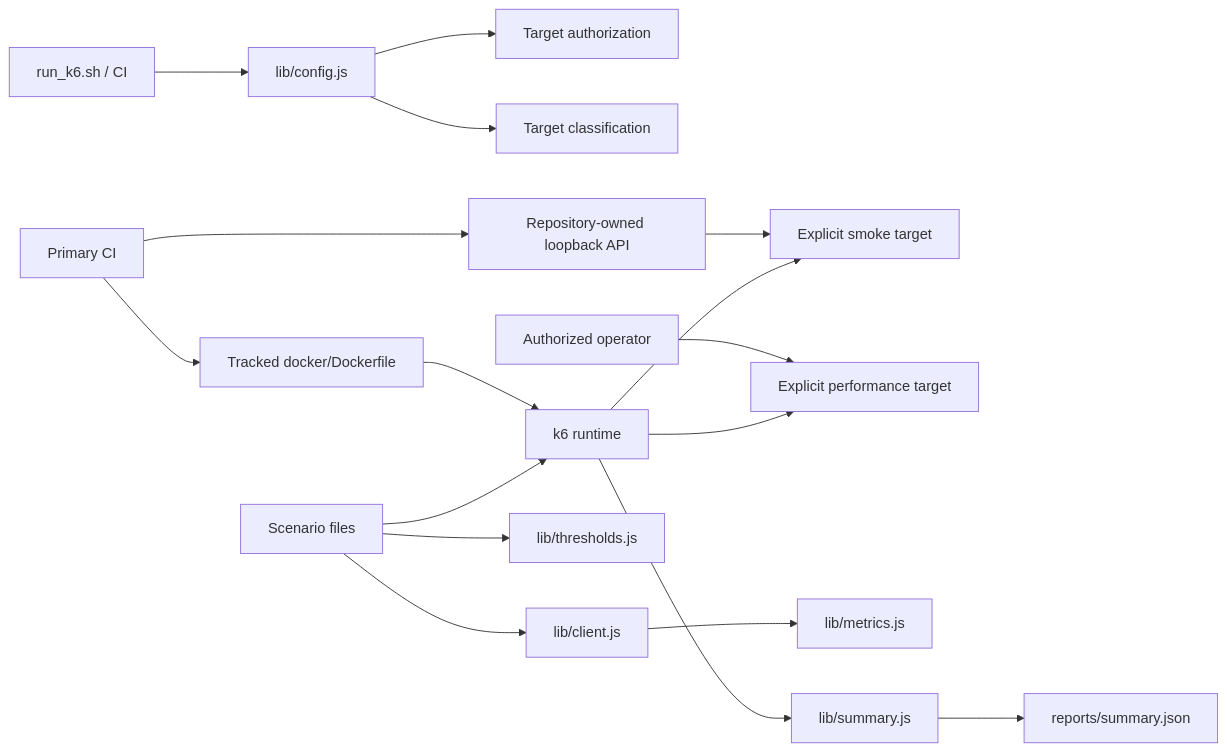
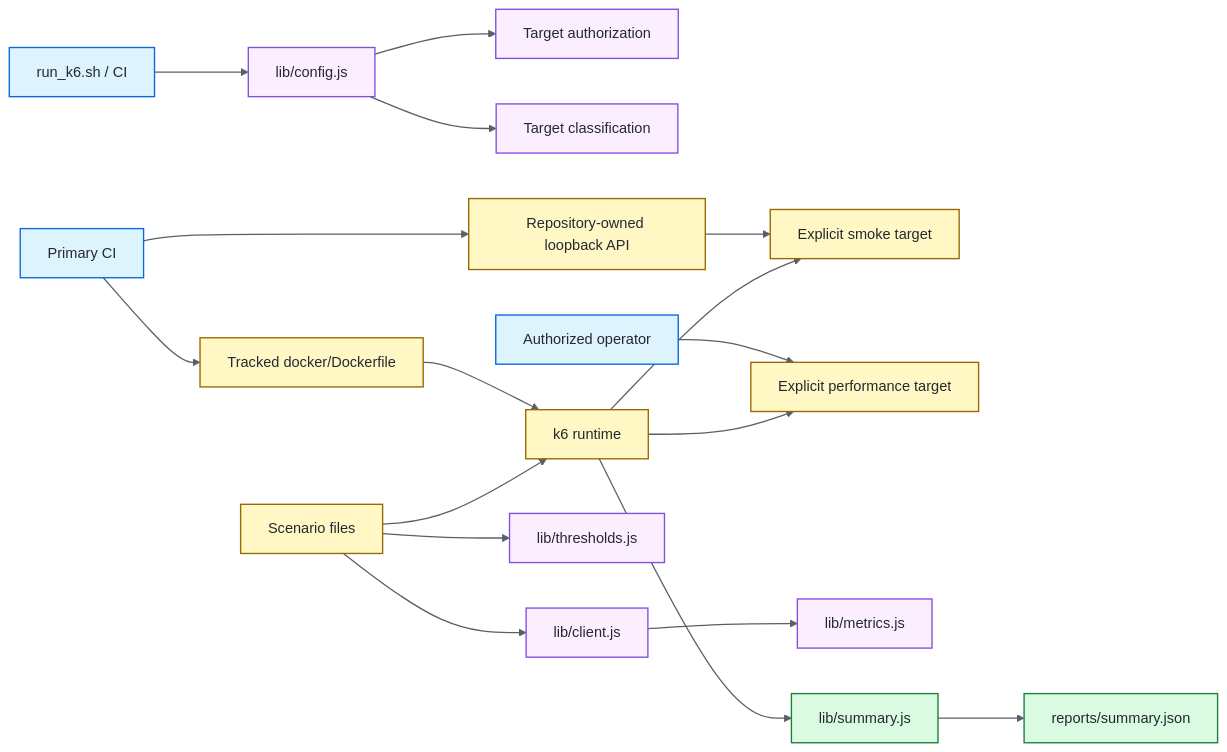
Before and after one commit to portyu9/qa-automation-load-k6: the diagram in docs/ARCHITECTURE.md, drawn with Mermaid. The commit also changed other lines of this file, not shown here.

Commit message:
docs: color-code k6 architecture diagram

````diff
--- a/docs/ARCHITECTURE.md
+++ b/docs/ARCHITECTURE.md
@@ -7,19 +7,29 @@
 ```mermaid
 flowchart LR
     CLI[run_k6.sh / CI] --> CFG[lib/config.js]
     CFG --> AUTH[Target authorization]
     CFG --> CLASS[Target classification]
     CI[Primary CI] --> IMAGE[Tracked docker/Dockerfile]
     IMAGE --> K6[k6 runtime]
     CI --> FIXTURE[Repository-owned loopback API]
     FIXTURE --> TARGET[Explicit smoke target]
     OP[Authorized operator] --> TARGET2[Explicit performance target]
     TEST[Scenario files] --> TH[lib/thresholds.js]
     TEST --> CL[lib/client.js]
     CL --> M[lib/metrics.js]
     TEST --> K6
     K6 --> TARGET
     K6 --> TARGET2
     K6 --> SUM[lib/summary.js]
     SUM --> REPORT[reports/summary.json]
+
+    classDef entry fill:#DDF4FF,stroke:#0969DA,color:#24292F,stroke-width:1.5px;
+    classDef policy fill:#FBEFFF,stroke:#8250DF,color:#24292F,stroke-width:1.5px;
+    classDef runtime fill:#FFF8C5,stroke:#9A6700,color:#24292F,stroke-width:1.5px;
+    classDef evidence fill:#DAFBE1,stroke:#1A7F37,color:#24292F,stroke-width:1.5px;
+    class CI,OP,CLI entry;
+    class CFG,AUTH,CLASS,TH,CL,M policy;
+    class IMAGE,K6,FIXTURE,TARGET,TARGET2,TEST runtime;
+    class SUM,REPORT evidence;
+    linkStyle default stroke:#57606A,stroke-width:1.4px;
 ```
````
